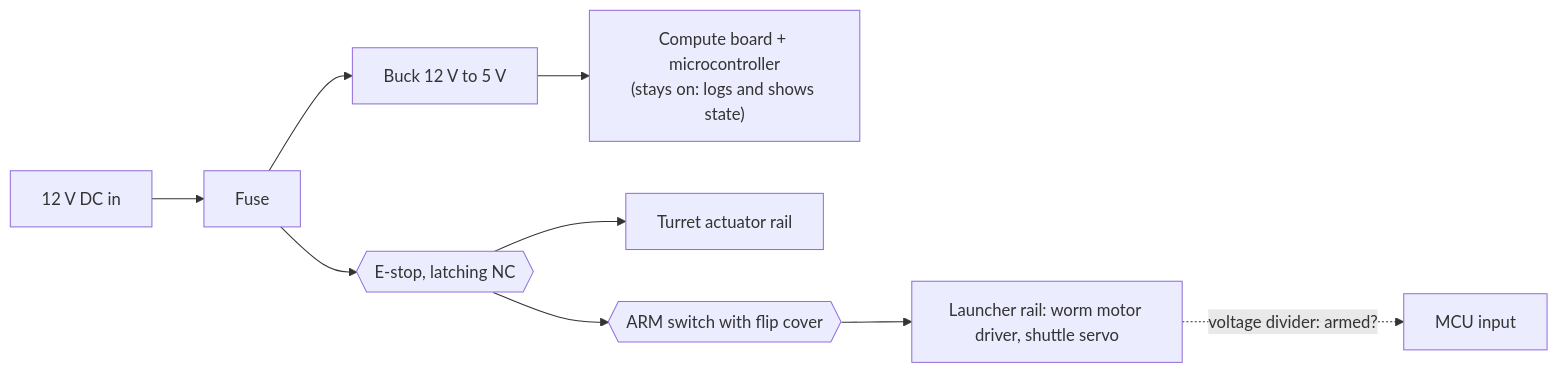
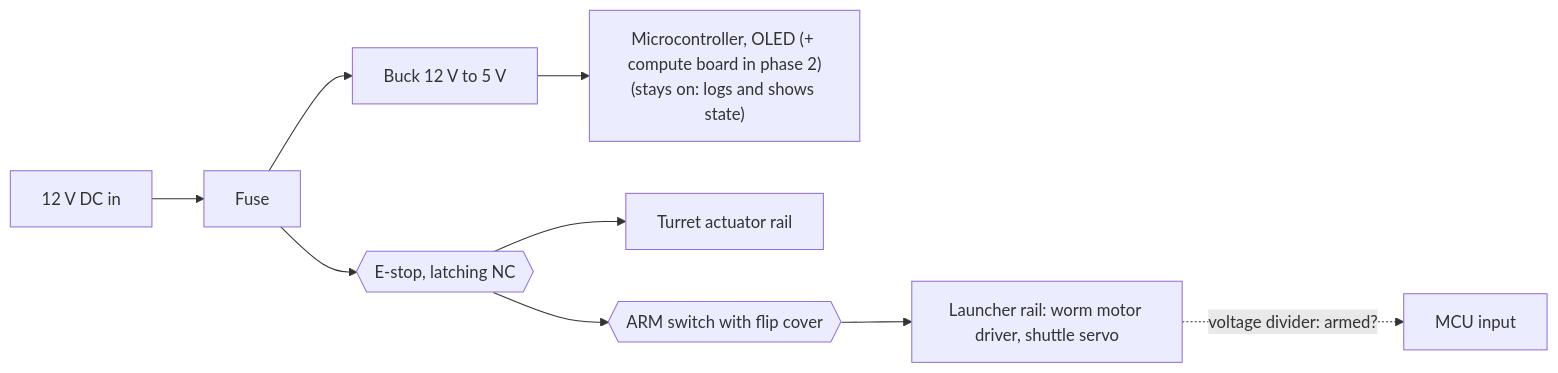
One commit to OverclockedAryan/Gum-Launcher5000 changed the fourth of 6 diagrams in docs/architecture.md. Above: the diagram before and after it, drawn with Mermaid. The commit also changed other lines of this file and 29 other files, not shown here.

````diff
--- a/docs/architecture.md
+++ b/docs/architecture.md
@@ -42,11 +124,11 @@
 ```mermaid
 flowchart LR
     IN["12 V DC in"] --> FUSE["Fuse"]
     FUSE --> BUCK5["Buck 12 V to 5 V"]
-    BUCK5 --> LOGIC["Compute board + microcontroller<br/>(stays on: logs and shows state)"]
+    BUCK5 --> LOGIC["Microcontroller, OLED (+ compute board in phase 2)<br/>(stays on: logs and shows state)"]
     FUSE --> ESTOP{{"E-stop, latching NC"}}
     ESTOP --> TURRET["Turret actuator rail"]
     ESTOP --> ARM{{"ARM switch with flip cover"}}
     ARM --> LAUNCH["Launcher rail: worm motor driver, shuttle servo"]
     LAUNCH -.->|"voltage divider: armed?"| SENSE["MCU input"]
 ```
````
